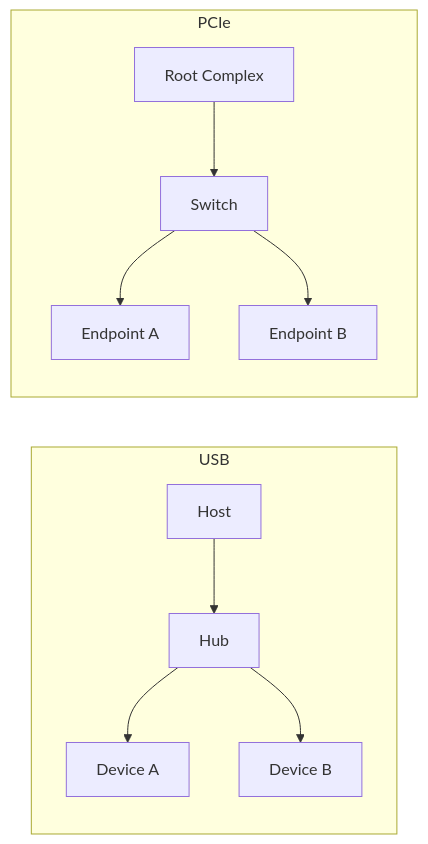
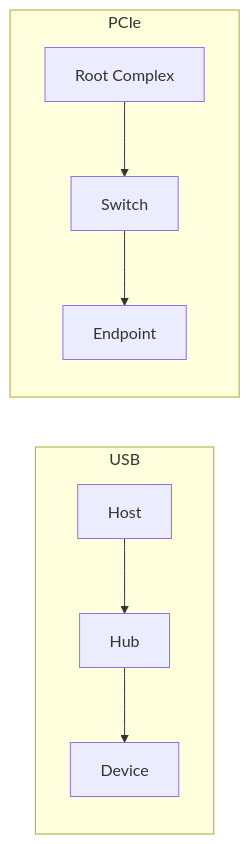
The diagram in docs/articles/pcie/usb-pcie-01-bus-model-comparison.md (cdragon-ljl/EEandEdgeAI), drawn with Mermaid before and after one commit. The commit also changed other lines of this file and 3 other files, not shown here.

````diff
--- a/docs/articles/pcie/usb-pcie-01-bus-model-comparison.md
+++ b/docs/articles/pcie/usb-pcie-01-bus-model-comparison.md
@@ -45,14 +20,11 @@
 ```mermaid
 flowchart LR
     subgraph USB
-    U1[Host] --> U2[Hub]
-    U2 --> U3[Device A]
-    U2 --> U4[Device B]
+      UH[Host] --> HUB[Hub]
+      HUB --> UD[Device]
     end
-
     subgraph PCIe
-    P1[Root Complex] --> P2[Switch]
-    P2 --> P3[Endpoint A]
-    P2 --> P4[Endpoint B]
+      RC[Root Complex] --> SW[Switch]
+      SW --> EP[Endpoint]
     end
 ```
````
